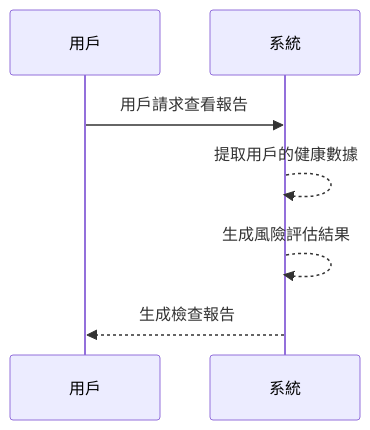
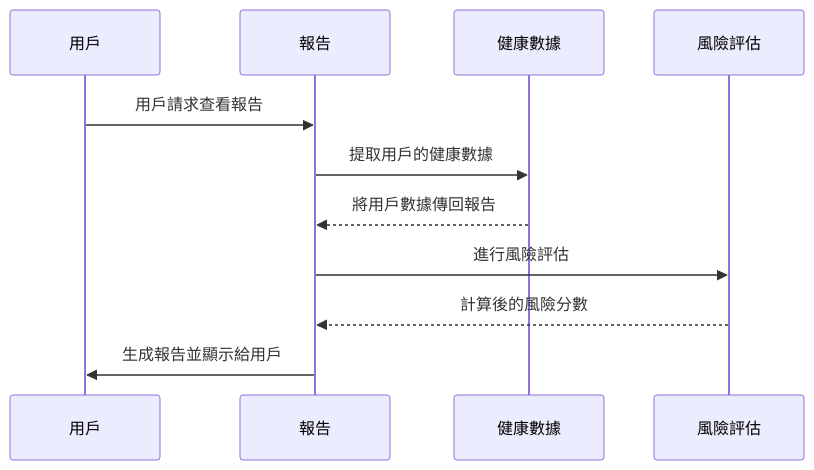
Before and after one commit to Xz-369/113_CourseTopics: the third of 5 diagrams in hw5.md, drawn with Mermaid. The commit also changed other lines of this file, not shown here.

````diff
--- a/hw5.md
+++ b/hw5.md
@@ -25,7 +25,9 @@
 ```mermaid
 sequenceDiagram
-    用戶 ->> 系統: 用戶請求查看報告
-    系統 -->> 系統: 提取用戶的健康數據
-    系統 -->> 系統: 生成風險評估結果
-    系統 -->> 用戶: 生成檢查報告
+    用戶 ->> 報告: 用戶請求查看報告
+    報告 ->> 健康數據: 提取用戶的健康數據
+    健康數據 -->> 報告: 將用戶數據傳回報告
+    報告 ->> 風險評估: 進行風險評估
+    風險評估 -->> 報告:計算後的風險分數
+    報告 ->> 用戶:生成報告並顯示給用戶
 ```
````
